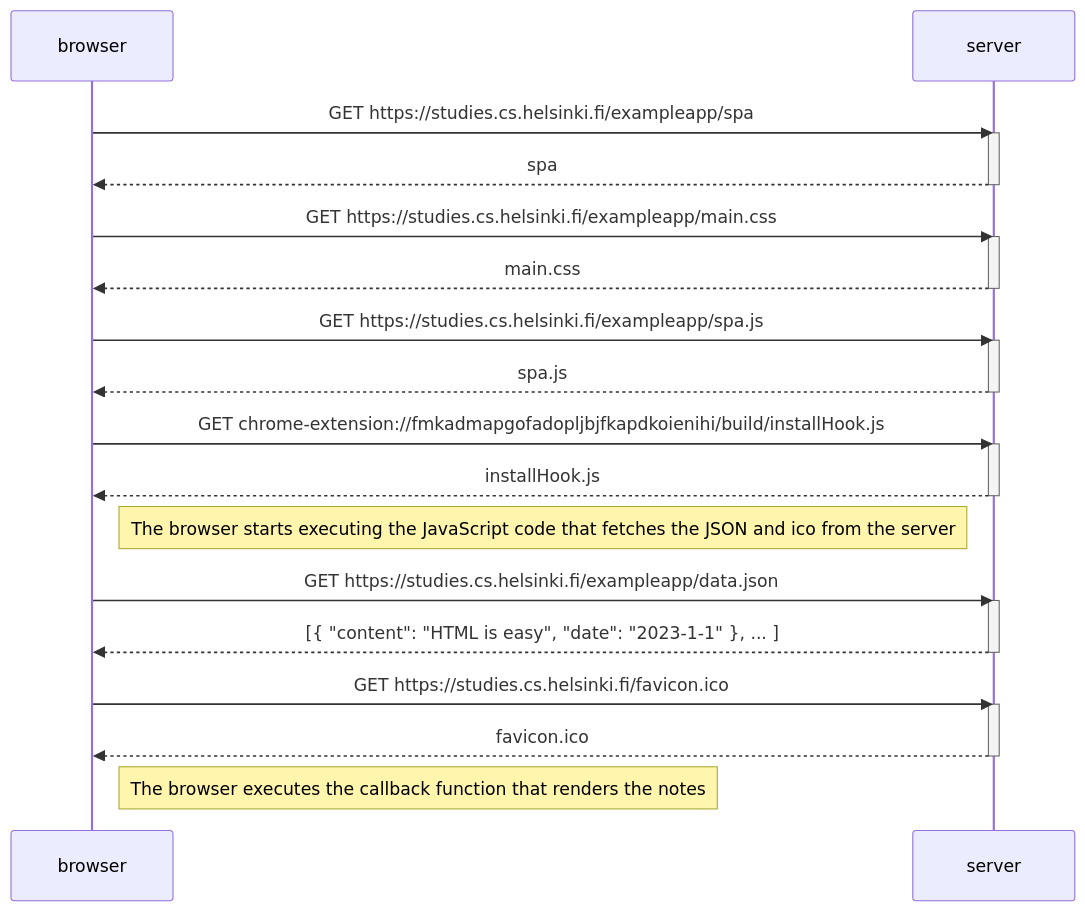
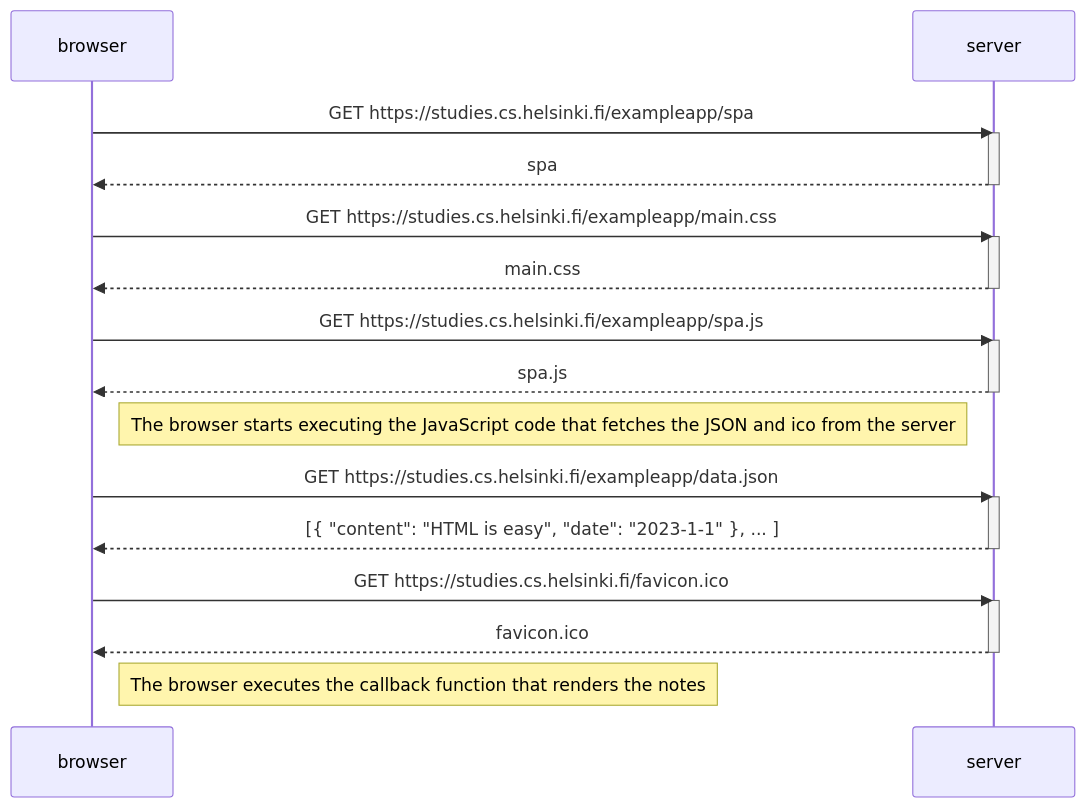
One commit to eetutaipale/fullstackhole changed the diagram in osa0/0.5 single-page-App.md. Above: the diagram before and after it, drawn with Mermaid. The commit also changed 1 other file, not shown here.

Commit message:
uudestaan

````diff
--- a/osa0/0.5 single-page-App.md
+++ b/osa0/0.5 single-page-App.md
@@ -1,39 +1,35 @@
 ```mermaid
 sequenceDiagram
     participant browser
     participant server
     
     browser->>server: GET https://studies.cs.helsinki.fi/exampleapp/spa
     activate server
     server-->>browser: spa
     deactivate server
     
     browser->>server: GET https://studies.cs.helsinki.fi/exampleapp/main.css
     activate server
     server-->>browser: main.css
     deactivate server
     
     browser->>server: GET https://studies.cs.helsinki.fi/exampleapp/spa.js
     activate server
     server-->>browser: spa.js
     deactivate server
 
-    browser->>server: GET chrome-extension://fmkadmapgofadopljbjfkapdkoienihi/build/installHook.js
-    activate server
-    server-->>browser: installHook.js
-    deactivate server
     
     Note right of browser: The browser starts executing the JavaScript code that fetches the JSON and ico from the server
     
     browser->>server: GET https://studies.cs.helsinki.fi/exampleapp/data.json
     activate server
     server-->>browser: [{ "content": "HTML is easy", "date": "2023-1-1" }, ... ]
     deactivate server   
 
     browser->>server: GET https://studies.cs.helsinki.fi/favicon.ico
     activate server
     server-->>browser: favicon.ico
     deactivate server    
 
     Note right of browser: The browser executes the callback function that renders the notes 
 ```
````
